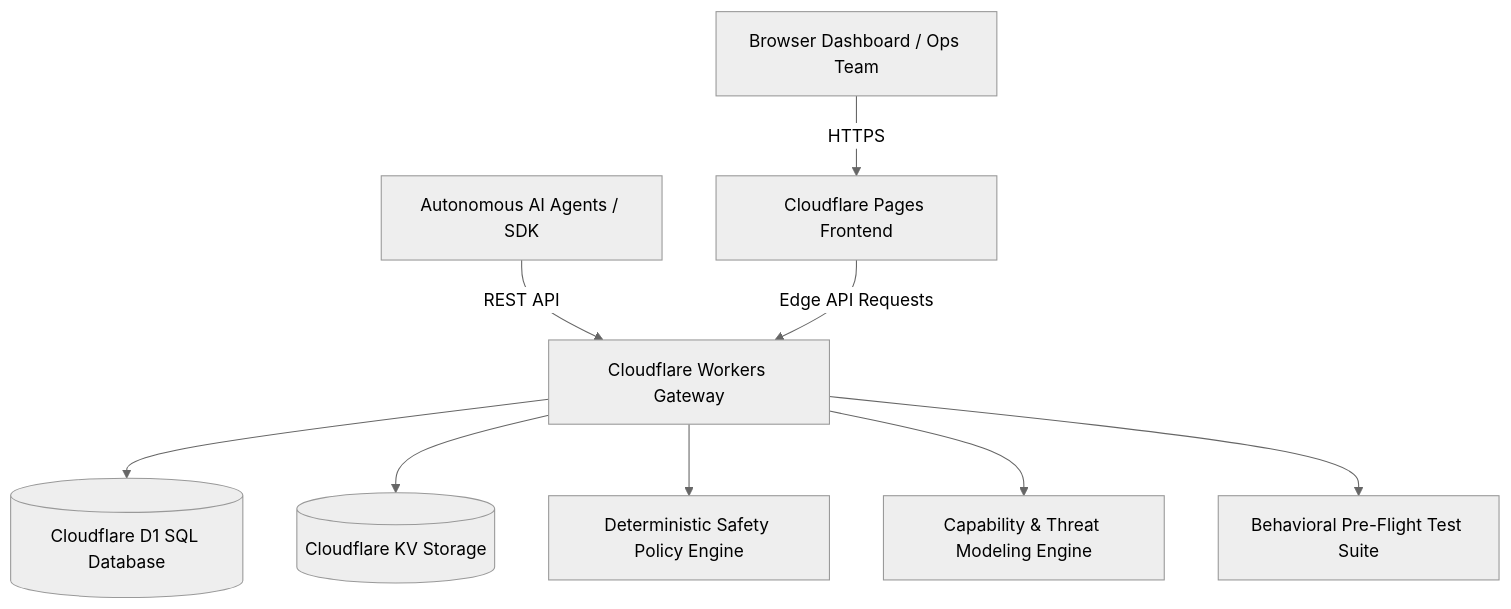
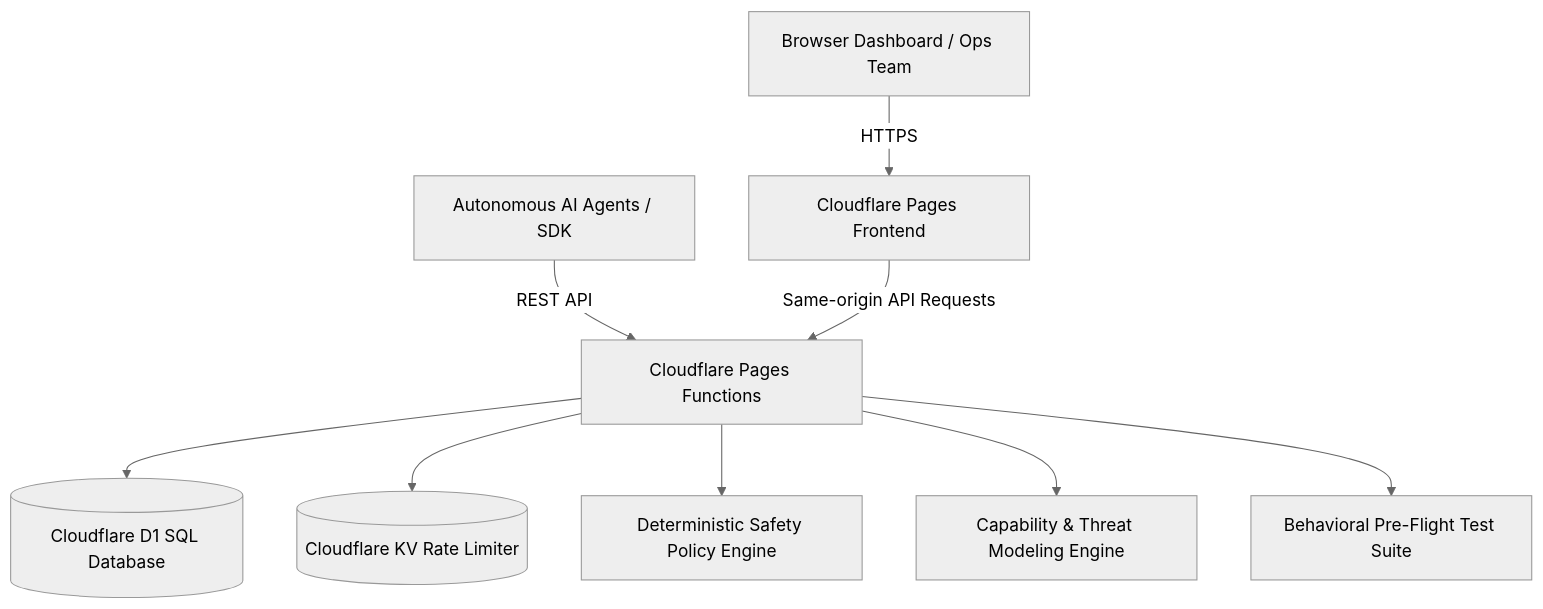
One commit to ThaoPPhan/DevOps-for-Gen-AI---Ottawa-2026---Team-10 changed the diagram in README.md. Above: the diagram before and after it, drawn with Mermaid (neutral theme). The commit also changed other lines of this file and 21 other files, not shown here.

````diff
--- a/README.md
+++ b/README.md
@@ -29,11 +29,11 @@
 ```mermaid
 graph TD
     Client[Browser Dashboard / Ops Team] -->|HTTPS| CloudflarePages[Cloudflare Pages Frontend]
-    AIAgents[Autonomous AI Agents / SDK] -->|REST API| CFWorkers[Cloudflare Workers Gateway]
-    CloudflarePages -->|Edge API Requests| CFWorkers
-    CFWorkers --> D1[(Cloudflare D1 SQL Database)]
-    CFWorkers --> KV[(Cloudflare KV Storage)]
-    CFWorkers --> PolicyEngine[Deterministic Safety Policy Engine]
-    CFWorkers --> RiskEngine[Capability & Threat Modeling Engine]
-    CFWorkers --> ValidationEngine[Behavioral Pre-Flight Test Suite]
+    AIAgents[Autonomous AI Agents / SDK] -->|REST API| PagesFunctions[Cloudflare Pages Functions]
+    CloudflarePages -->|Same-origin API Requests| PagesFunctions
+    PagesFunctions --> D1[(Cloudflare D1 SQL Database)]
+    PagesFunctions --> KV[(Cloudflare KV Rate Limiter)]
+    PagesFunctions --> PolicyEngine[Deterministic Safety Policy Engine]
+    PagesFunctions --> RiskEngine[Capability & Threat Modeling Engine]
+    PagesFunctions --> ValidationEngine[Behavioral Pre-Flight Test Suite]
 ```
````
